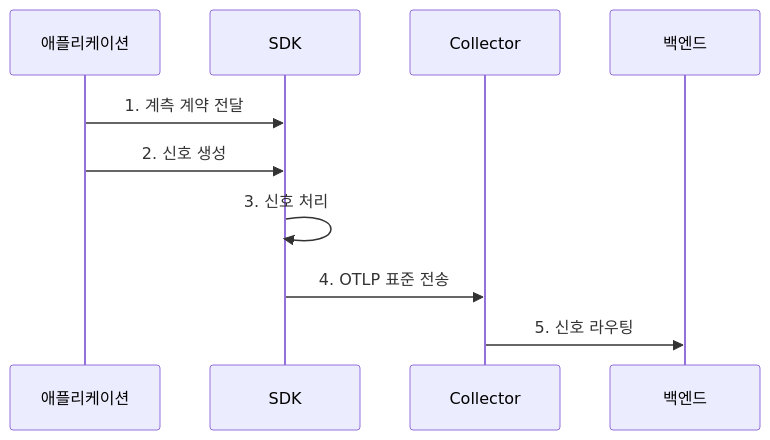
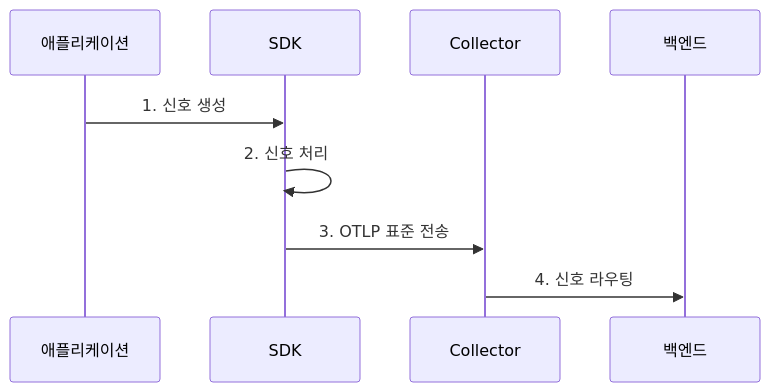
Before and after one commit to agnusdei1207/knowledge-base: the second of 2 diagrams in src/content/docs/notes/08-latest-tech/170_opentelemetry.md, drawn with Mermaid. The commit also changed other lines of this file and 4 other files, not shown here.

````diff
--- a/src/content/docs/notes/08-latest-tech/170_opentelemetry.md
+++ b/src/content/docs/notes/08-latest-tech/170_opentelemetry.md
@@ -112,12 +112,11 @@
 ```mermaid
 sequenceDiagram
   participant A as 애플리케이션
-    participant S as SDK
+  participant S as SDK
   participant C as Collector
   participant B as 백엔드
-  A->>S: 1. 계측 계약 전달
-  A->>S: 2. 신호 생성
-    S->>S: 3. 신호 처리
-    S->>C: 4. OTLP 표준 전송
-  C->>B: 5. 신호 라우팅
+  A->>S: 1. 신호 생성
+  S->>S: 2. 신호 처리
+  S->>C: 3. OTLP 표준 전송
+  C->>B: 4. 신호 라우팅
 ```
````
